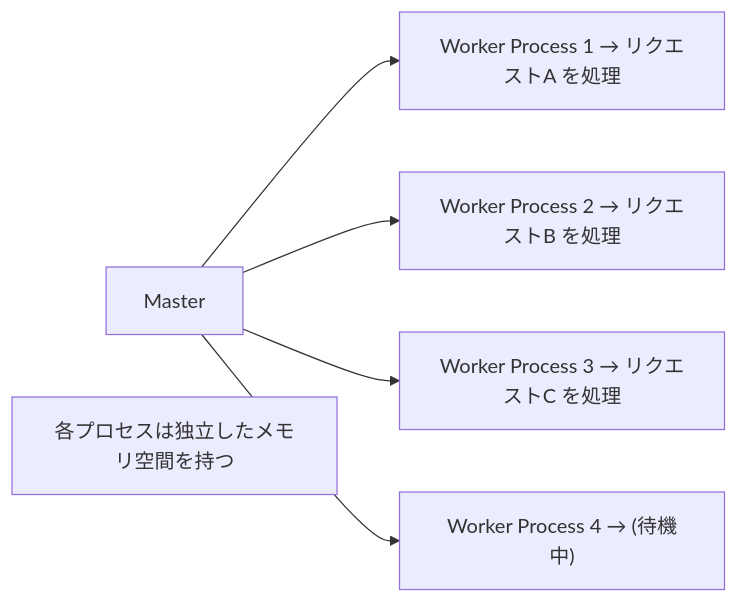
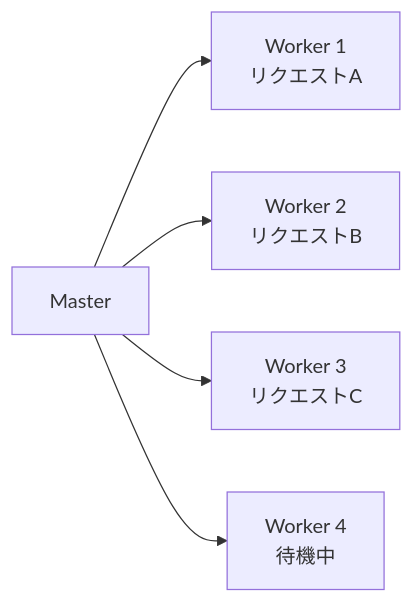
The second of 14 diagrams in details/Webサーバーとランタイムのリクエスト処理モデル.md (ryotaro-boost/web-engineer-knowledge-layers), drawn with Mermaid before and after one commit. The commit also changed other lines of this file, not shown here.

First line of the commit message:
Mermaid図のテキスト重なりを修正

````diff
--- a/details/Webサーバーとランタイムのリクエスト処理モデル.md
+++ b/details/Webサーバーとランタイムのリクエスト処理モデル.md
@@ -31,8 +31,7 @@
 ```mermaid
 graph LR
-    Master["Master"] --> WP1["Worker Process 1 → リクエストA を処理"]
-    Master --> WP2["Worker Process 2 → リクエストB を処理"]
-    Master --> WP3["Worker Process 3 → リクエストC を処理"]
-    Master --> WP4["Worker Process 4 → (待機中)"]
-    Note["各プロセスは独立したメモリ空間を持つ"]
+    Master["Master"] --> WP1["Worker 1<br>リクエストA"]
+    Master --> WP2["Worker 2<br>リクエストB"]
+    Master --> WP3["Worker 3<br>リクエストC"]
+    Master --> WP4["Worker 4<br>待機中"]
 ```
````
